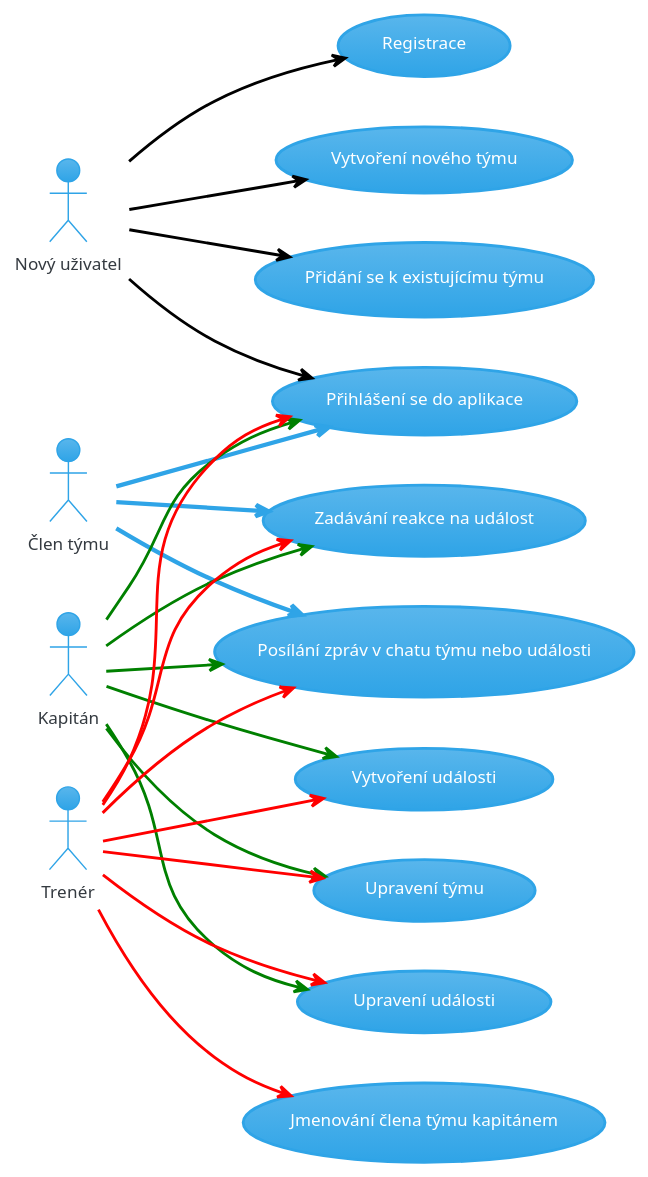
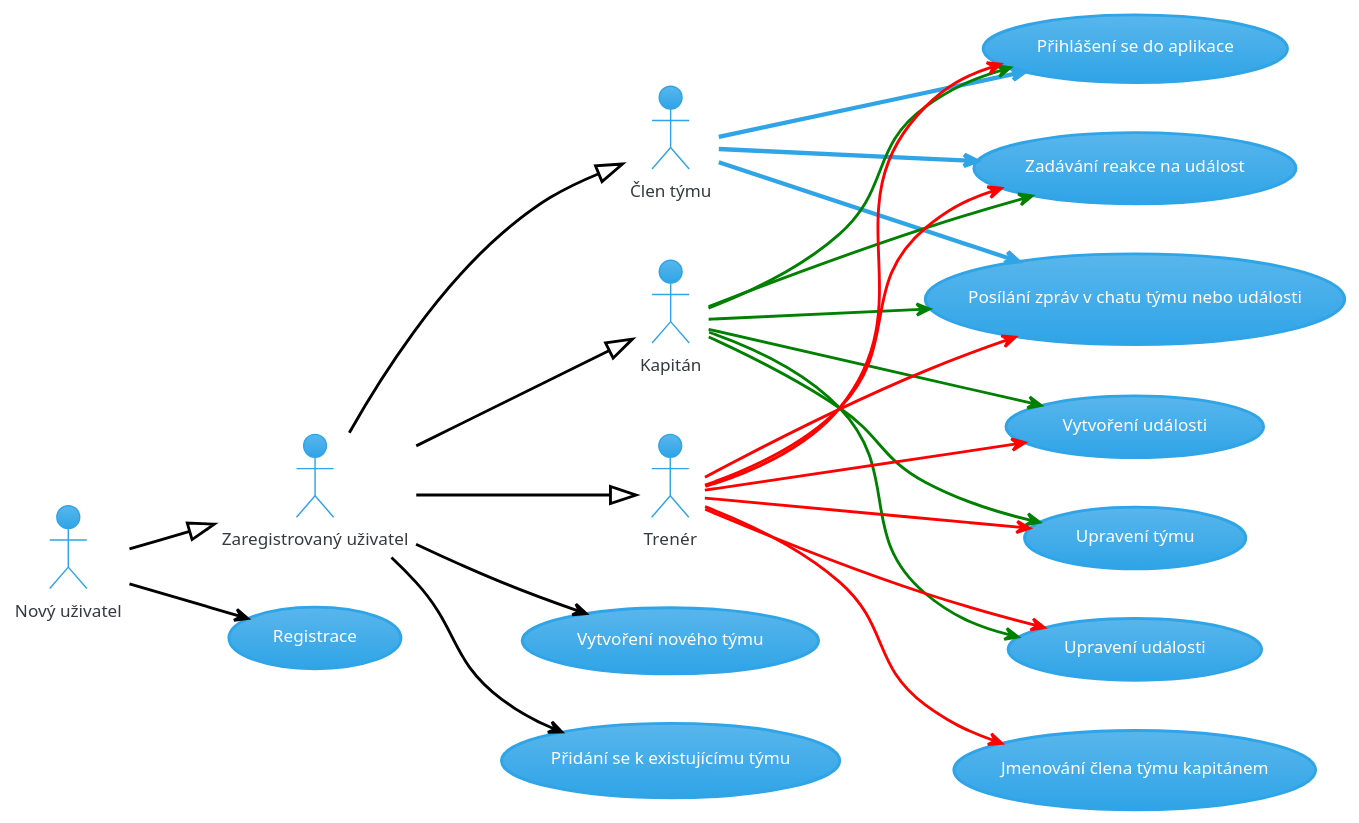
The first of 2 diagrams in README.md (david19au/smudlove-tymova-prace), drawn with PlantUML before and after one commit. The commit also changed other lines of this file, not shown here.

````diff
--- a/README.md
+++ b/README.md
@@ -33,45 +50,50 @@
 ```plantuml
 !theme cerulean
 
 left to right direction
 :Nový uživatel: as newUser
+:Zaregistrovaný uživatel: as registeredUser
 :Člen týmu: as teamMember
 :Kapitán: as captain
 :Trenér: as trainer
 
 
 usecase "Registrace" as register
 usecase "Vytvoření nového týmu" as createTeam
 usecase "Přidání se k existujícímu týmu" as joinTeam
 usecase "Přihlášení se do aplikace" as login
 usecase "Zadávání reakce na událost" as rsvp
 usecase "Posílání zpráv v chatu týmu nebo události" as chat
 usecase "Vytvoření události" as createEvent
 usecase "Upravení týmu" as modifyTeamMembers
 usecase "Upravení události" as modifyEvent
 usecase "Jmenování člena týmu kapitánem" as delegateCaptain
 
 newUser -[#black,thickness=2]-> register
-newUser -[#black,thickness=2]-> createTeam
-newUser -[#black,thickness=2]-> joinTeam
-newUser -[#black,thickness=2]-> login
+newUser -[#black,thickness=2]-|> registeredUser
+
+registeredUser -[#black,thickness=2]-|> teamMember
+registeredUser -[#black,thickness=2]-|> captain
+registeredUser -[#black,thickness=2]-|> trainer
+registeredUser -[#black,thickness=2]-> createTeam
+registeredUser -[#black,thickness=2]-> joinTeam
 
 teamMember --> login
 teamMember --> rsvp
 teamMember --> chat
 
 captain -[#green,thickness=2]-> login
 captain -[#green,thickness=2]-> rsvp
 captain -[#green,thickness=2]-> chat
 captain -[#green,thickness=2]-> createEvent
 captain -[#green,thickness=2]-> modifyTeamMembers
 captain -[#green,thickness=2]-> modifyEvent
 
 trainer -[#red,thickness=2]-> login
 trainer -[#red,thickness=2]-> rsvp
 trainer -[#red,thickness=2]-> chat
 trainer -[#red,thickness=2]-> createEvent
 trainer -[#red,thickness=2]-> modifyTeamMembers
 trainer -[#red,thickness=2]-> modifyEvent
 trainer -[#red,thickness=2]-> delegateCaptain
 ```
````
